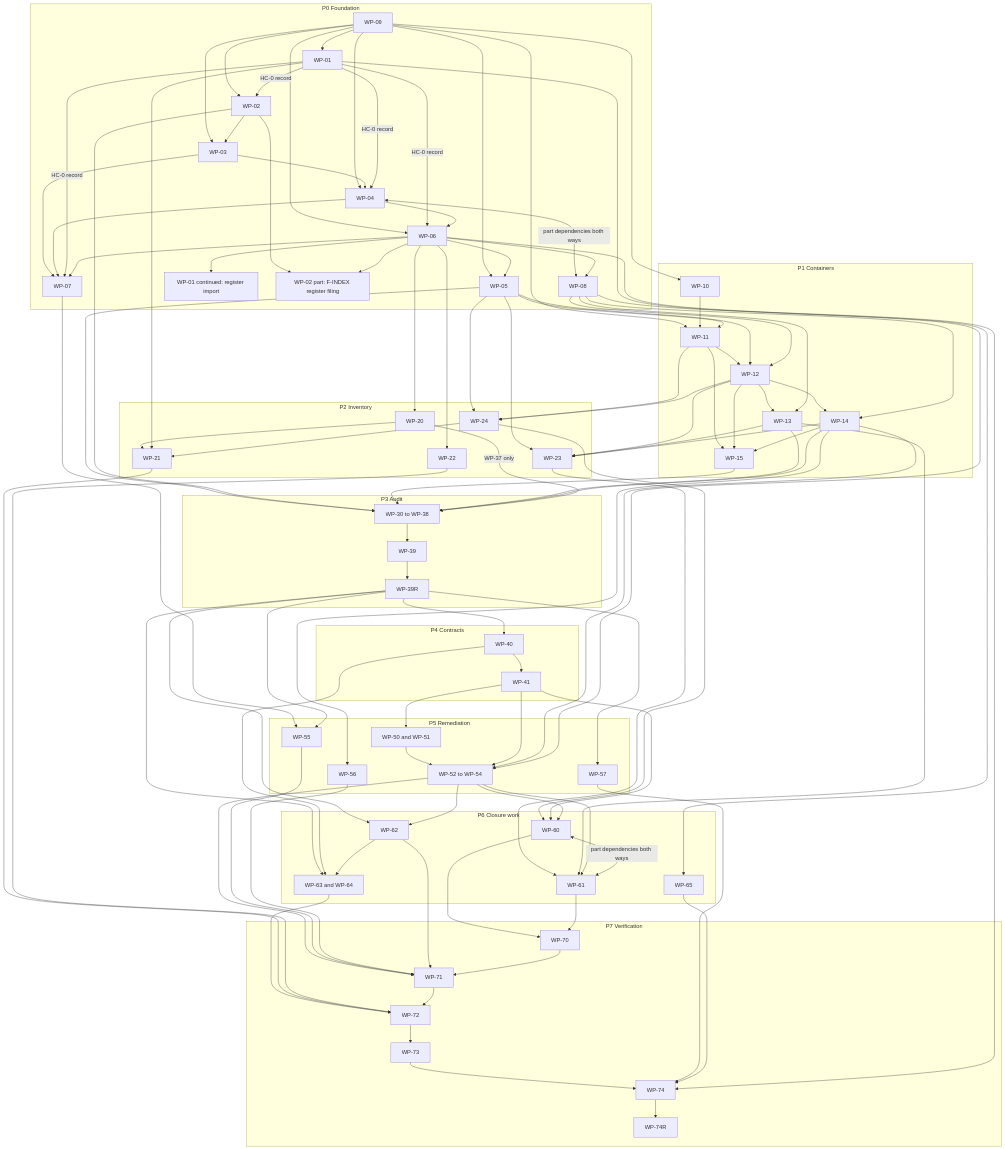
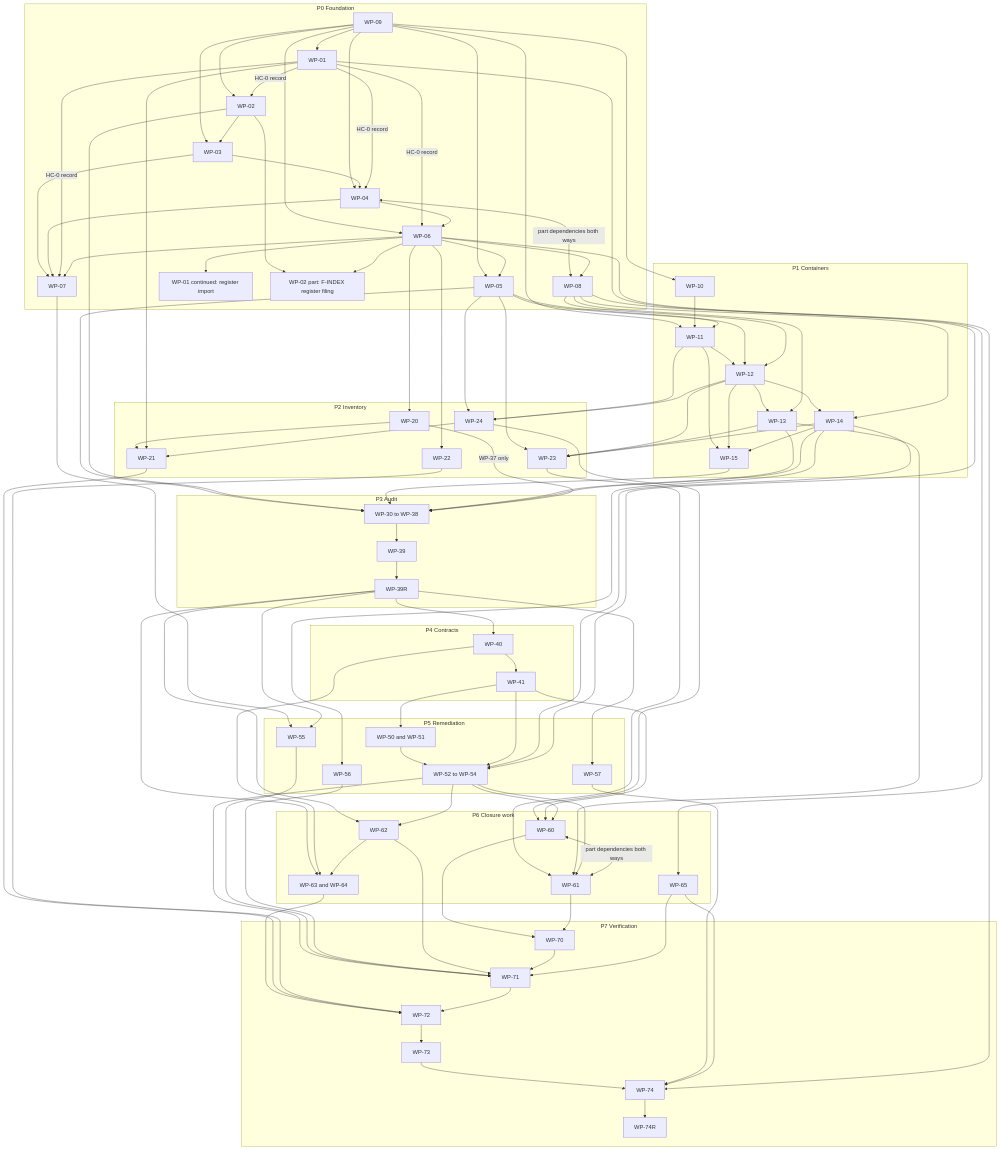
One commit to vasic-digital/catalogizer changed the third of 3 diagrams in specs/001-full-project-audit-remediation/docs/21-master-plan-phases-risks-and-traceability.md. Above: the diagram before and after it, drawn with Mermaid. The commit also changed other lines of this file and 22 other files, not shown here.

```diff
--- a/specs/001-full-project-audit-remediation/docs/21-master-plan-phases-risks-and-traceability.md
+++ b/specs/001-full-project-audit-remediation/docs/21-master-plan-phases-risks-and-traceability.md
@@ -590,6 +590,7 @@
   W56 --> W71
   W62 --> W71
   W70 --> W71
+  W65 --> W71
   W63 --> W72
   W21 --> W72
   W22 --> W72
```
